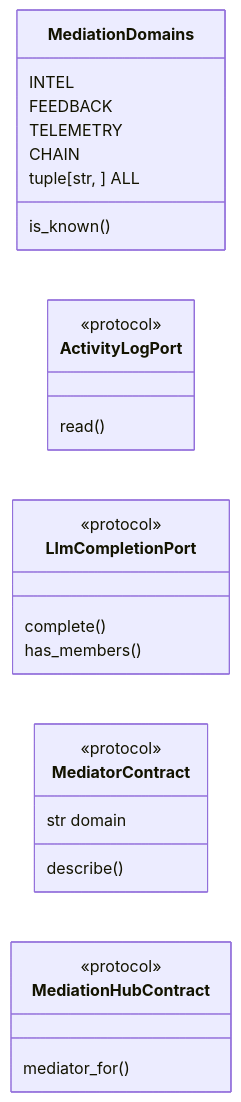
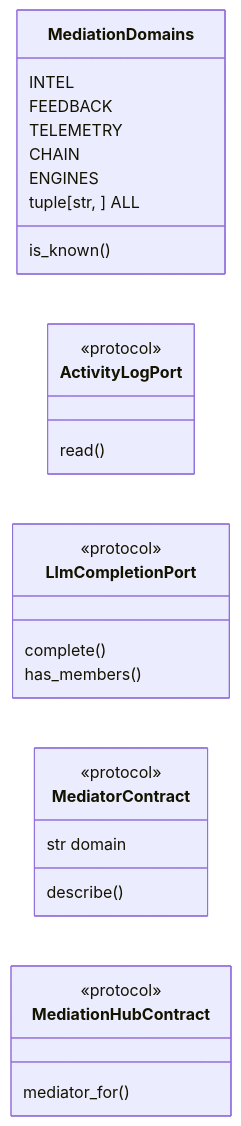
The first of 2 diagrams in readmenator-apidocs/modules/modules.mediation.contracts.py.md (grisuno/LazyOwn), drawn with Mermaid before and after one commit. The commit also changed other lines of this file and 496 other files, not shown here.

````diff
--- a/readmenator-apidocs/modules/modules.mediation.contracts.py.md
+++ b/readmenator-apidocs/modules/modules.mediation.contracts.py.md
@@ -18,25 +18,26 @@
 ```mermaid
 classDiagram
     direction LR
     class MediationDomains
     MediationDomains : INTEL
     MediationDomains : FEEDBACK
     MediationDomains : TELEMETRY
     MediationDomains : CHAIN
+    MediationDomains : ENGINES
     MediationDomains : tuple[str, ] ALL
     MediationDomains : is_known()
     class ActivityLogPort
     <<protocol>> ActivityLogPort
     ActivityLogPort : read()
     class LlmCompletionPort
     <<protocol>> LlmCompletionPort
     LlmCompletionPort : complete()
     LlmCompletionPort : has_members()
     class MediatorContract
     <<protocol>> MediatorContract
     MediatorContract : str domain
     MediatorContract : describe()
     class MediationHubContract
     <<protocol>> MediationHubContract
     MediationHubContract : mediator_for()
 ```
````
